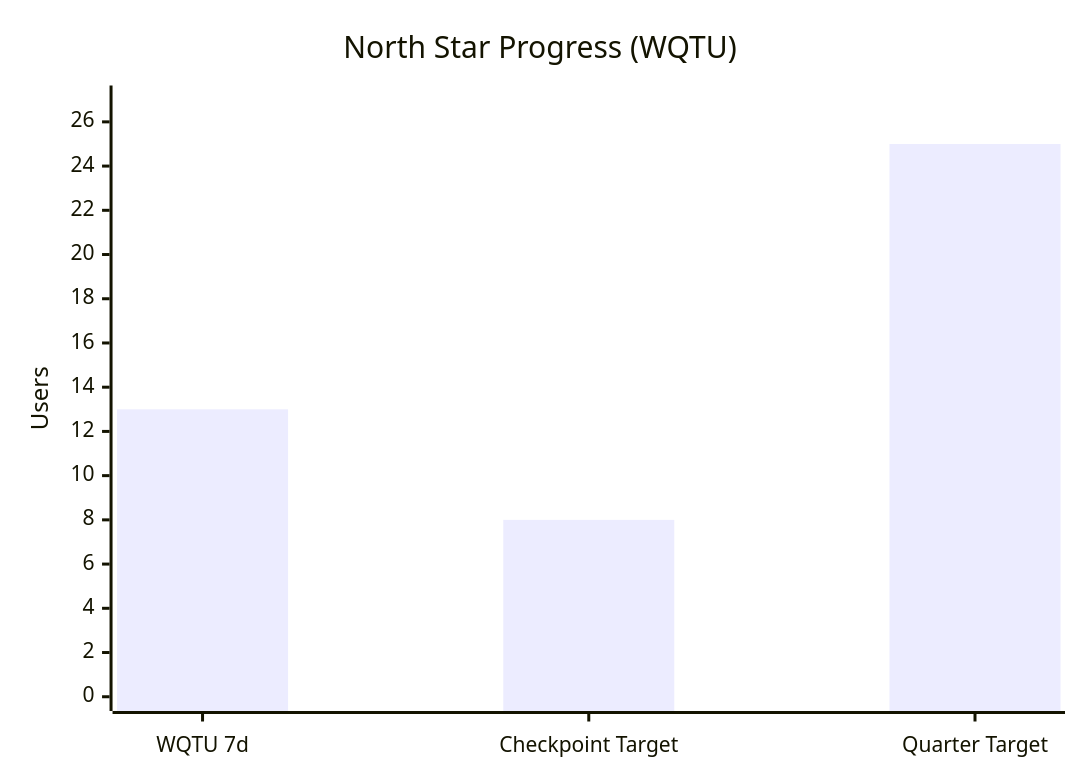
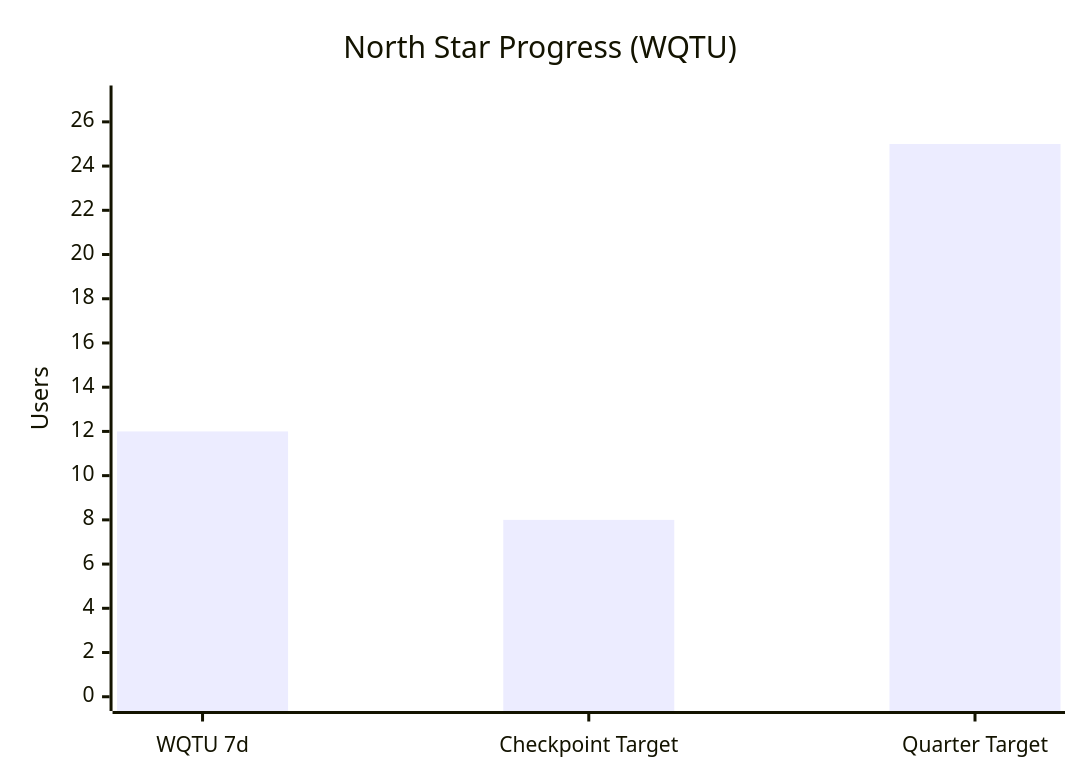
Before and after one commit to IgorGanapolsky/Random-Timer: the second of 4 diagrams in wiki/Paid-Acquisition.md, drawn with Mermaid. The commit also changed other lines of this file and 10 other files, not shown here.

````diff
--- a/wiki/Paid-Acquisition.md
+++ b/wiki/Paid-Acquisition.md
@@ -50,7 +50,7 @@
 ```mermaid
 xychart-beta
     title "North Star Progress (WQTU)"
     x-axis ["WQTU 7d" , "Checkpoint Target" , "Quarter Target"]
     y-axis "Users" 0 --> 27
-    bar [13 , 8 , 25]
+    bar [12 , 8 , 25]
 ```
````
